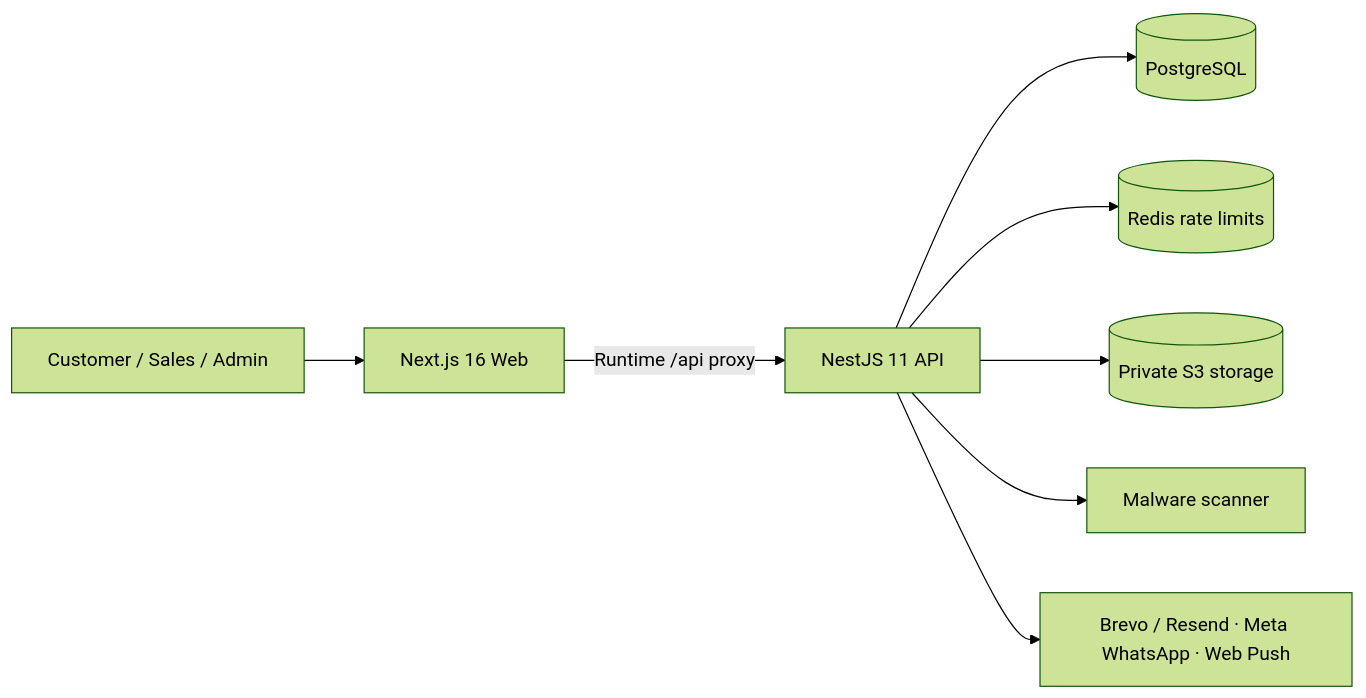
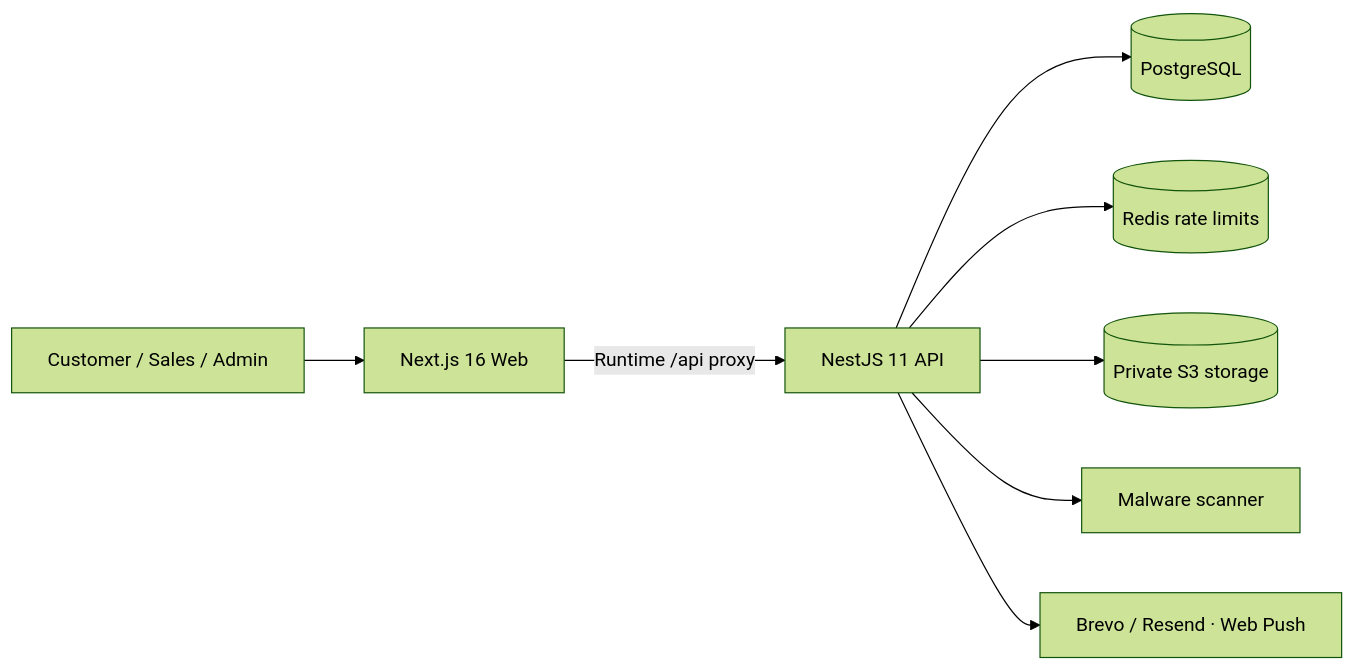
One commit to sasa221/RAHAL changed the diagram in README.md. Above: the diagram before and after it, drawn with Mermaid (forest theme). The commit also changed other lines of this file and 127 other files, not shown here.

````diff
--- a/README.md
+++ b/README.md
@@ -112,10 +110,10 @@
 ```mermaid
 flowchart LR
     Visitor["Customer / Sales / Admin"] --> Web["Next.js 16 Web"]
     Web -->|"Runtime /api proxy"| API["NestJS 11 API"]
     API --> DB[("PostgreSQL")]
     API --> Redis[("Redis rate limits")]
     API --> Storage[("Private S3 storage")]
     API --> Scanner["Malware scanner"]
-    API --> Providers["Brevo / Resend · Meta WhatsApp · Web Push"]
+    API --> Providers["Brevo / Resend · Web Push"]
 ```
````
